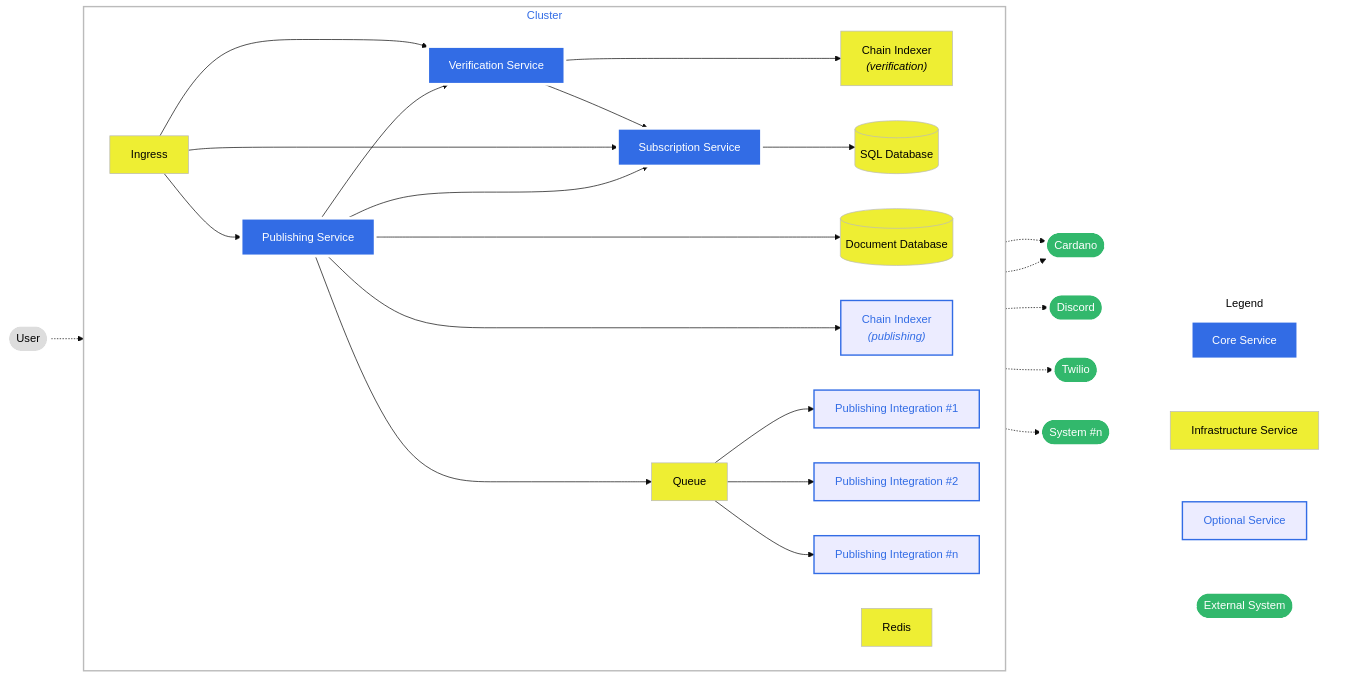
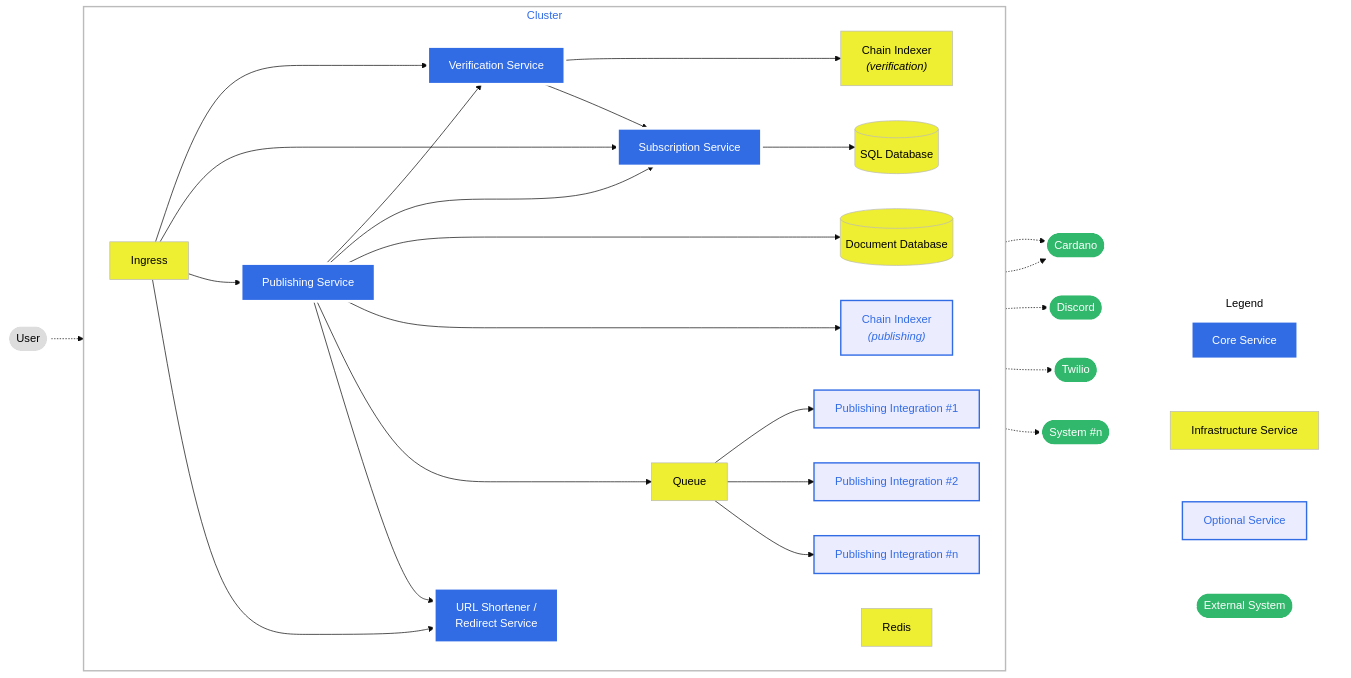
The diagram in docs/diagrams/architecture.md (nilscodes/reach-your-people), drawn with Mermaid (base theme) before and after one commit. The commit also changed other lines of this file and 60 other files, not shown here.

First line of the commit message:
RYP-109 Finalized first iteration of redirect service and incorporated its...

````diff
--- a/docs/diagrams/architecture.md
+++ b/docs/diagrams/architecture.md
@@ -14,72 +14,75 @@
 ```mermaid
 graph LR
   US([User]) -.-> I
   CR([Cardano])
   DI([Discord])
   TW([Twilio])
   EXN([System #n])
 
   subgraph cluster [Cluster]
     %% Direction same as parent due to U ---> I link
     direction LR 
     I[Ingress]
     V[Verification Service]
     IV["Chain Indexer<br><i>(verification)</i>"]
     S[Subscription Service]
     P[Publishing Service]
+    SH["URL Shortener /<br>Redirect Service"]
     QU[Queue]
     DB[(SQL Database)]
     DDB[("Document Database")]
     R[Redis]
     IP["Chain Indexer<br><i>(publishing)</i>"]
     P1[Publishing Integration #1]
     P2[Publishing Integration #2]
     PN[Publishing Integration #n]
 
     V ---> IV
     V --> S
     I --> V
     I --> S
     I --> P
+    I ---> SH
     S --> DB
     P --> V
     P --> S
     P ----> DDB
     P ----> IP
     P ---> QU
+    P --> SH
     QU --> P1
     QU --> P2
     QU --> PN
   end
   subgraph legend [Legend]
     direction TB
     CL[Core Service]:::k8s
     OL[Optional Service]:::optional
     IL[Infrastructure Service]:::infra
     EL([External System]):::external
     CL ~~~ IL
     IL ~~~ OL
     OL ~~~ EL
   end
   IP ~~~~ legend
   P1 -.-> DI
   P2 -.-> TW
   PN -.-> EXN
   IP & IV -.-> CR
 
   classDef plain fill:#ddd,stroke:#fff,stroke-width:4px,color:#000;
   classDef k8s fill:#326ce5,stroke:#fff,stroke-width:4px,color:#fff;
   classDef cluster fill:#fff,stroke:#bbb,stroke-width:2px,color:#326ce5;
   classDef infra fill:#ee3,stroke:#bbb,stoke-width:2px,color:#000;
   classDef optional stroke:#326ce5,stroke-width:2px,color:#326ce5,fill:#ECECFF
   classDef external fill:#32b86c,stroke:#fff,stroke-width:4px,color:#fff;
   classDef legend fill:#fff,stroke-width:0px,color:#000
 
   class US plain
-  class S,V,P k8s
+  class S,V,P,SH k8s
   class I,IV,QU,DB,DDB,R infra
   class IP,P1,P2,PN optional
   class cluster cluster
   class legend legend
   class CR,DI,TW,EXN external
 ```
````
